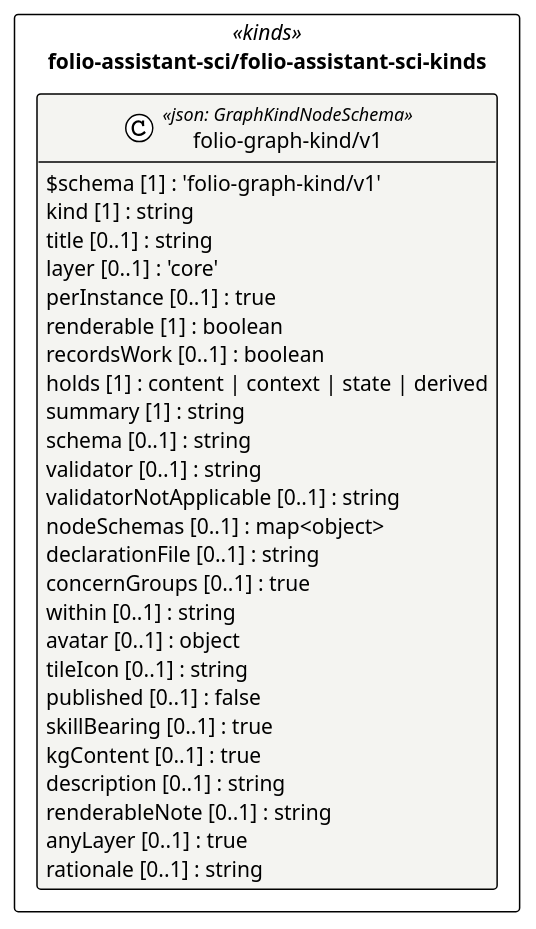
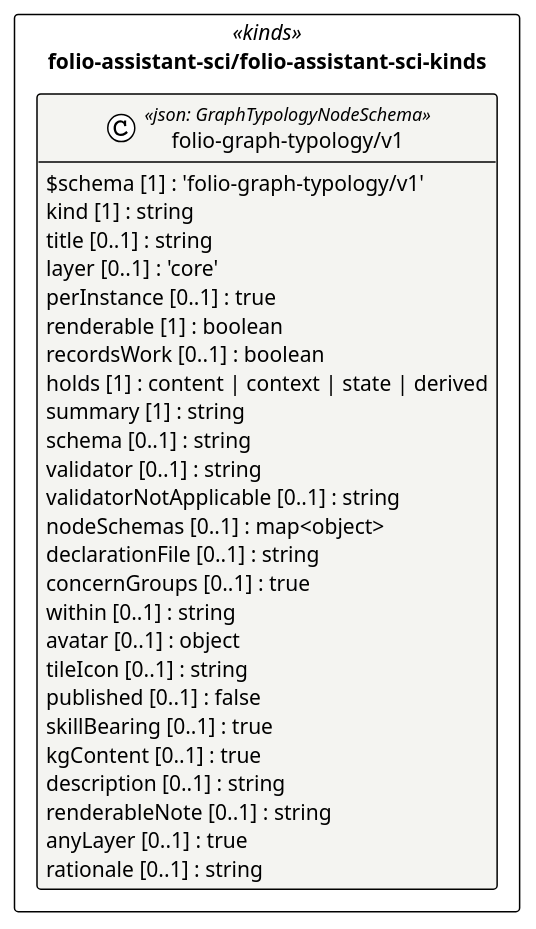
Before and after one commit to litlfred/folio-assistant: the diagram in cat-harness/uml/overview/folio-assistant-sci/folio-assistant-sci-kinds.puml, drawn with PlantUML. The commit also changed 1369 other files, not shown here.

First line of the commit message:
Rename "graph kind" to "graph typology", everywhere, no alias (#2200)

```diff
--- a/cat-harness/uml/overview/folio-assistant-sci/folio-assistant-sci-kinds.puml
+++ b/cat-harness/uml/overview/folio-assistant-sci/folio-assistant-sci-kinds.puml
@@ -3,39 +3,39 @@
 @startuml folio_assistant_sci_folio_assistant_sci_kinds
 !pragma layout elk
 !theme plain
 skinparam classAttributeIconSize 0
 skinparam shadowing false
 skinparam packageStyle rectangle
 hide empty methods
 
 package "folio-assistant-sci/folio-assistant-sci-kinds" as pkg_folio_assistant_sci_folio_assistant_sci_kinds <<kinds>> {
-  class "folio-graph-kind/v1" as folio_assistant_sci_folio_assistant_sci_kinds_folio_graph_kind_v1_folio_graph_kind_v1 <<json: GraphKindNodeSchema>> #f4f4f1 {
-    $schema [1] : 'folio-graph-kind/v1'
+  class "folio-graph-typology/v1" as folio_assistant_sci_folio_assistant_sci_kinds_folio_graph_typology_v1_folio_graph_typology_v1 <<json: GraphTypologyNodeSchema>> #f4f4f1 {
+    $schema [1] : 'folio-graph-typology/v1'
     kind [1] : string
     title [0..1] : string
     layer [0..1] : 'core'
     perInstance [0..1] : true
     renderable [1] : boolean
     recordsWork [0..1] : boolean
     holds [1] : content | context | state | derived
     summary [1] : string
     schema [0..1] : string
     validator [0..1] : string
     validatorNotApplicable [0..1] : string
     nodeSchemas [0..1] : map<object>
     declarationFile [0..1] : string
     concernGroups [0..1] : true
     within [0..1] : string
     avatar [0..1] : object
     tileIcon [0..1] : string
     published [0..1] : false
     skillBearing [0..1] : true
     kgContent [0..1] : true
     description [0..1] : string
     renderableNote [0..1] : string
     anyLayer [0..1] : true
     rationale [0..1] : string
   }
 }
 
 @enduml
```
